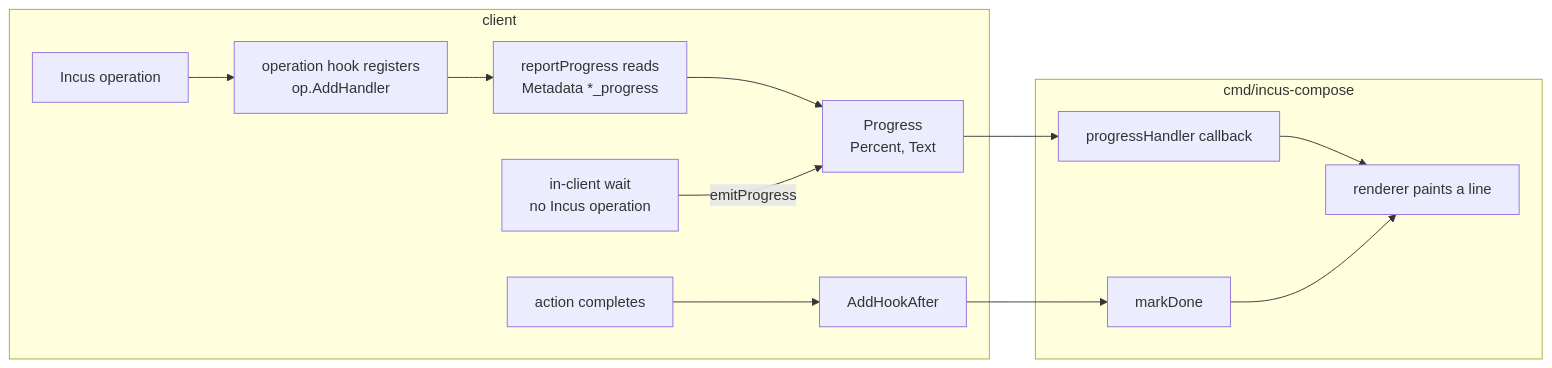
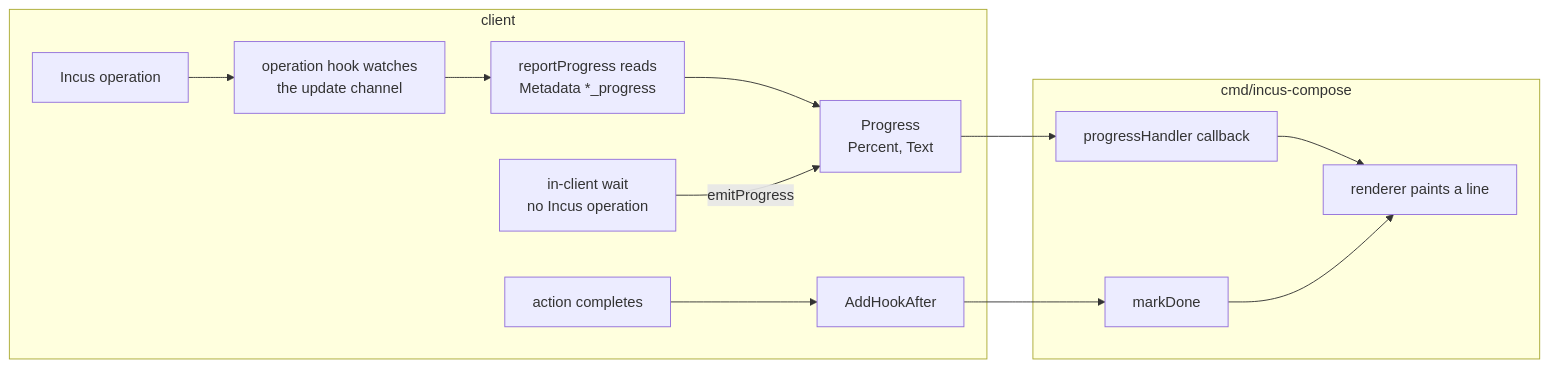
One commit to jochumdev/incus-compose-docs changed the first of 2 diagrams in root/architecture/progress.md. Above: the diagram before and after it, drawn with Mermaid. The commit also changed other lines of this file and 20 other files, not shown here.

````diff
--- a/root/architecture/progress.md
+++ b/root/architecture/progress.md
@@ -25,21 +25,21 @@
 ```mermaid
 flowchart LR
     subgraph cl["client"]
-        OP[Incus operation] --> AH["operation hook registers<br/>op.AddHandler"]
+        OP[Incus operation] --> AH["operation hook watches<br/>the update channel"]
         AH --> RP["reportProgress reads<br/>Metadata *_progress"]
         RP --> PG["Progress<br/>Percent, Text"]
         WAIT["in-client wait<br/>no Incus operation"] -->|emitProgress| PG
         FIN[action completes] --> HK[AddHookAfter]
     end
 
     subgraph cm["cmd/incus-compose"]
         HD[progressHandler callback]
         MD[markDone]
         REN[renderer paints a line]
         HD --> REN
         MD --> REN
     end
 
     PG --> HD
     HK --> MD
 ```
````
